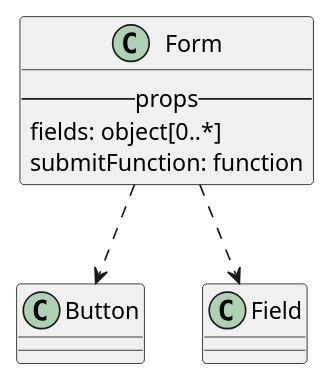
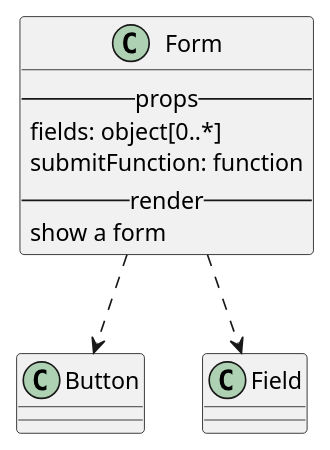
One commit to M9k/Marvin-Uml changed the diagram in react/custom/form.iuml. Above: the diagram before and after it, drawn with PlantUML. The commit also changed 10 other files, not shown here.

```diff
--- a/react/custom/form.iuml
+++ b/react/custom/form.iuml
@@ -1,7 +1,9 @@
 class Form{
     --props--
         fields: object[0..*]
         submitFunction: function
+    --render--
+        show a form
 }
 Form ..> Button
 Form ..> Field
```
